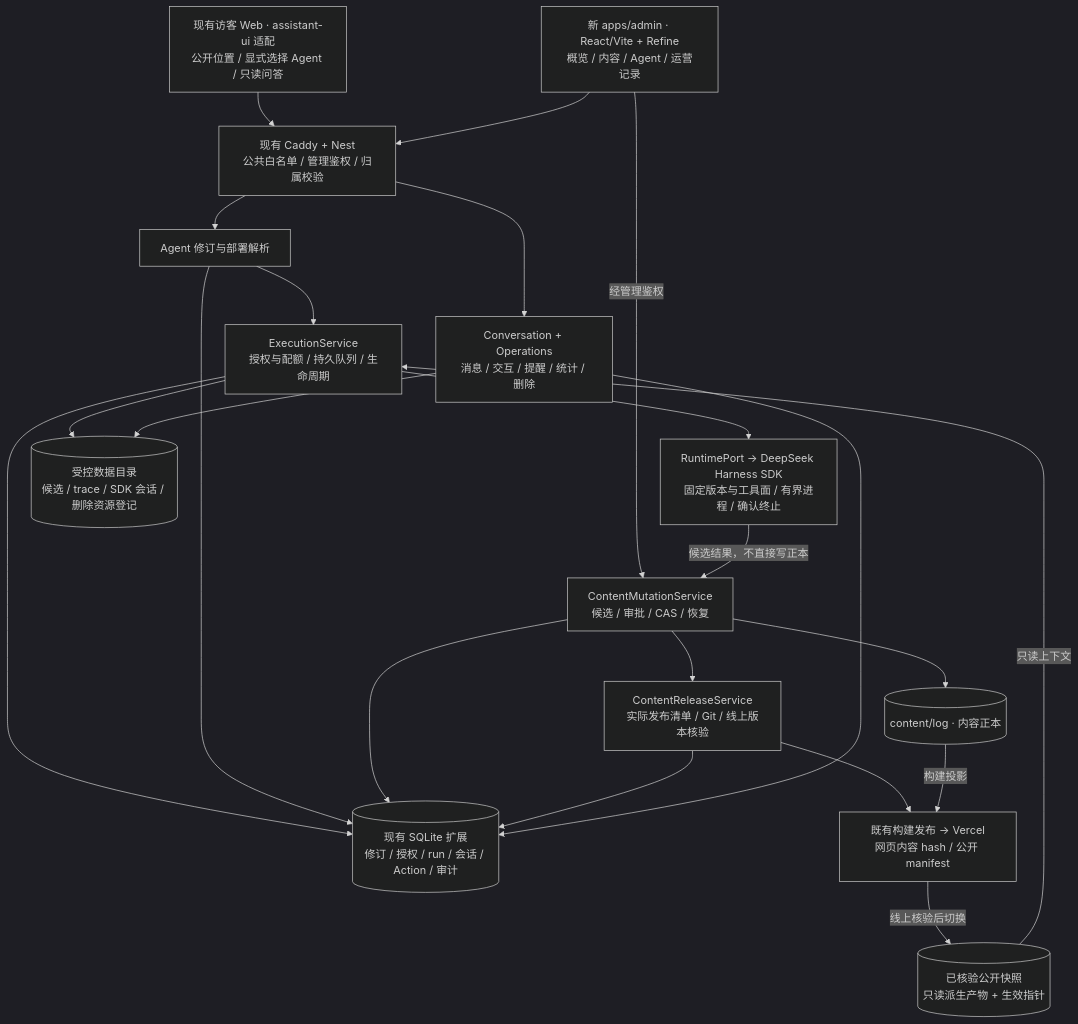
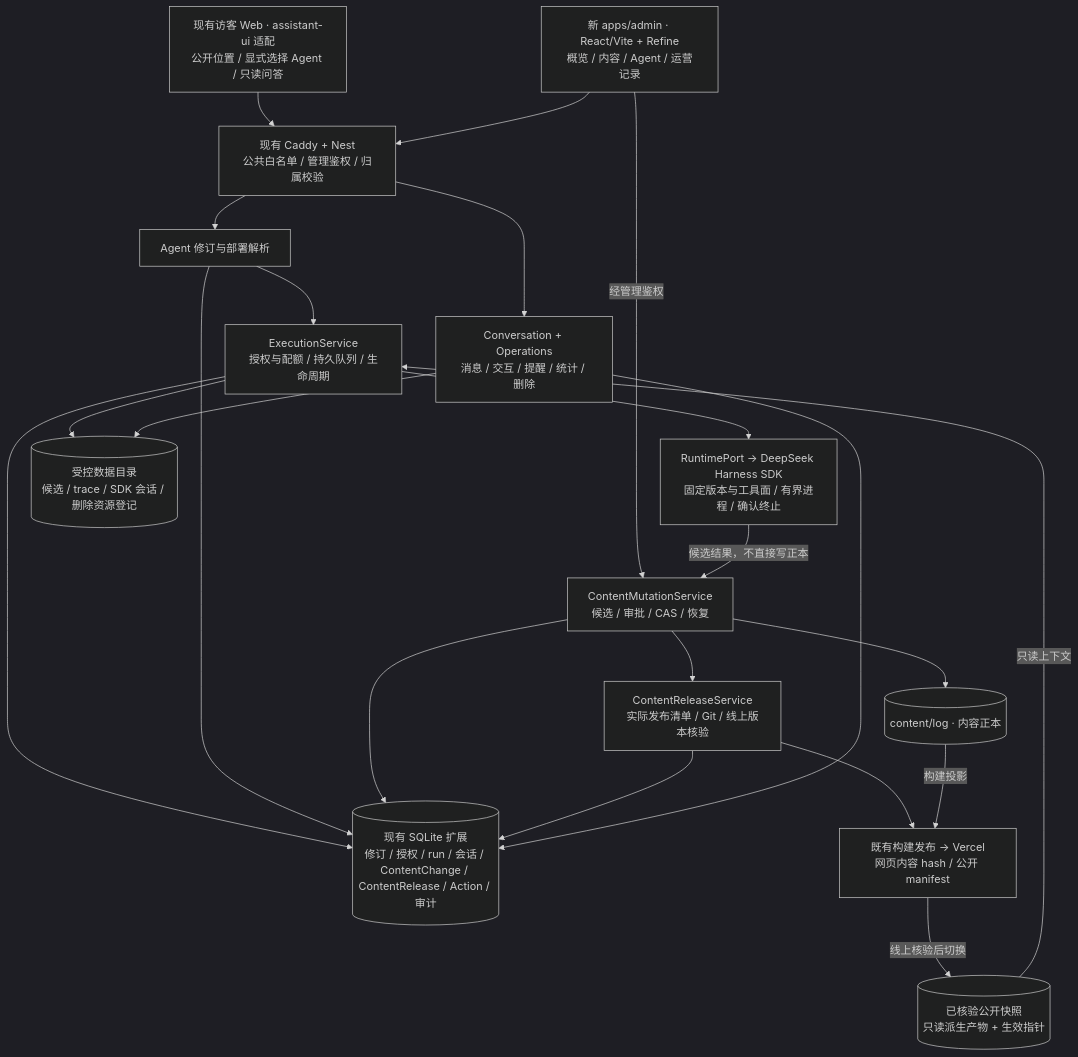
One commit to AdgaiWalker/AdgaiWalker changed the second of 6 diagrams in docs/ARCHITECTURE.md. Above: the diagram before and after it, drawn with Mermaid (dark theme). The commit also changed other lines of this file and 630 other files, not shown here.

````diff
--- a/docs/ARCHITECTURE.md
+++ b/docs/ARCHITECTURE.md
@@ -27,30 +54,30 @@
 ```mermaid
 flowchart TB
     WEB["现有访客 Web · assistant-ui 适配\n公开位置 / 显式选择 Agent / 只读问答"]
     ADMIN["新 apps/admin · React/Vite + Refine\n概览 / 内容 / Agent / 运营记录"]
     GATE["现有 Caddy + Nest\n公共白名单 / 管理鉴权 / 归属校验"]
     CAT["Agent 修订与部署解析"]
     EXEC["ExecutionService\n授权与配额 / 持久队列 / 生命周期"]
     RUNTIME["RuntimePort → DeepSeek Harness SDK\n固定版本与工具面 / 有界进程 / 确认终止"]
     MUT["ContentMutationService\n候选 / 审批 / CAS / 恢复"]
     REL["ContentReleaseService\n实际发布清单 / Git / 线上版本核验"]
     OPS["Conversation + Operations\n消息 / 交互 / 提醒 / 统计 / 删除"]
-    DB[("现有 SQLite 扩展\n修订 / 授权 / run / 会话 / Action / 审计")]
+    DB[("现有 SQLite 扩展\n修订 / 授权 / run / 会话 / ContentChange / ContentRelease / Action / 审计")]
     LOG[("content/log · 内容正本")]
     SNAP[("已核验公开快照\n只读派生产物 + 生效指针")]
     DEPLOY["既有构建发布 → Vercel\n网页内容 hash / 公开 manifest"]
     TRACE[("受控数据目录\n候选 / trace / SDK 会话 / 删除资源登记")]
     WEB & ADMIN --> GATE
     GATE --> CAT & OPS
     CAT --> EXEC --> RUNTIME
     ADMIN -->|"经管理鉴权"| MUT
     MUT --> REL
     MUT --> LOG
     REL --> DEPLOY
     LOG -->|"构建投影"| DEPLOY
     DEPLOY -->|"线上核验后切换"| SNAP
     SNAP -->|"只读上下文"| EXEC
     RUNTIME -->|"候选结果，不直接写正本"| MUT
     EXEC & CAT & MUT & REL & OPS --> DB
     EXEC & OPS --> TRACE
 ```
````
